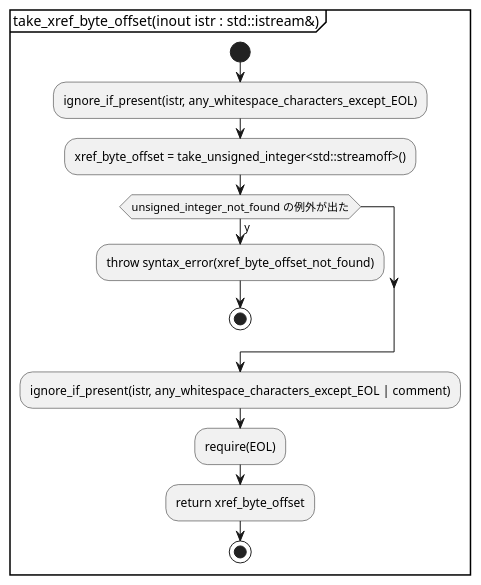
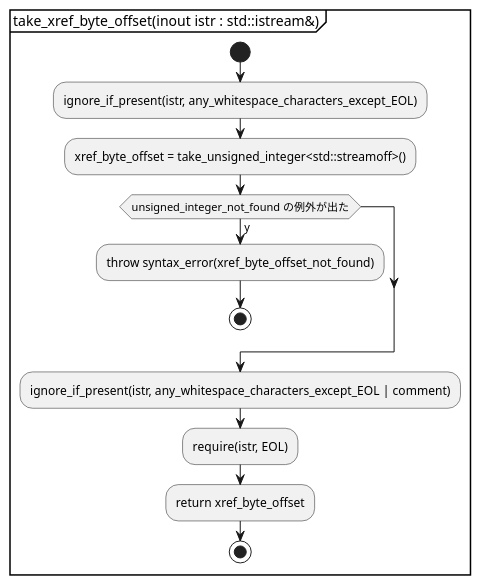
One commit to KodaiYM/PDFReader changed the fifth of 11 diagrams in document/parser.activity.pu. Above: the diagram before and after it, drawn with PlantUML. The commit also changed other lines of this file, not shown here.

Commit message:
fix activity diagram

```diff
--- a/document/parser.activity.pu
+++ b/document/parser.activity.pu
@@ -74,15 +74,15 @@
 @startuml take_xref_byte_offset
 partition "take_xref_byte_offset(inout istr : std::istream&)" {
 start
 	:ignore_if_present(istr, any_whitespace_characters_except_EOL);
 	:xref_byte_offset = take_unsigned_integer<std::streamoff>();
 	if (unsigned_integer_not_found の例外が出た) then (y)
 		:throw syntax_error(xref_byte_offset_not_found);
 		stop
 	endif
 	:ignore_if_present(istr, any_whitespace_characters_except_EOL | comment);
-	:require(EOL);
+	:require(istr, EOL);
 	:return xref_byte_offset;
 stop
 }
 @enduml
```
